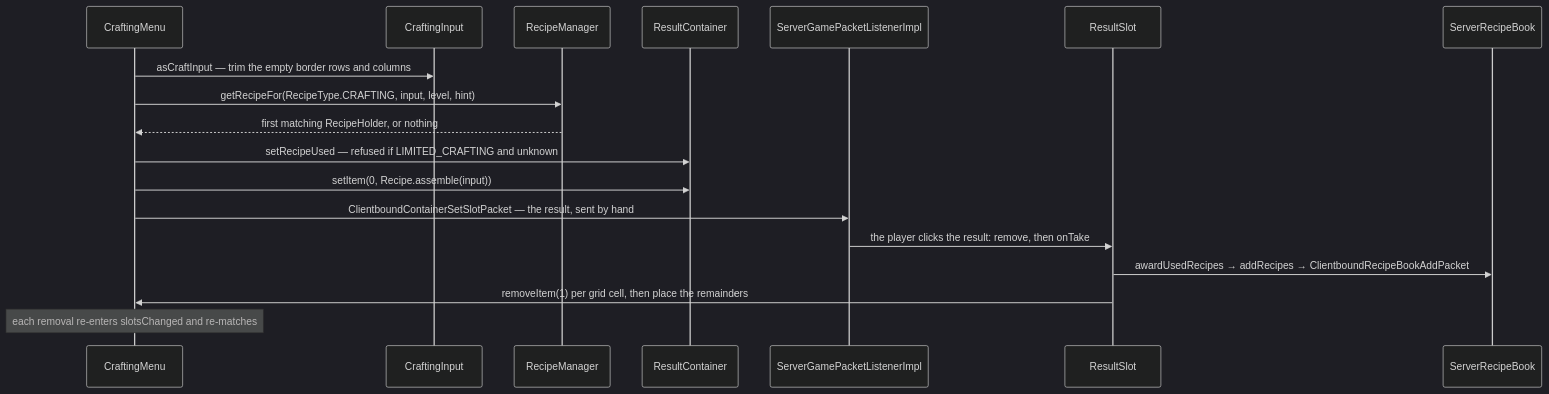
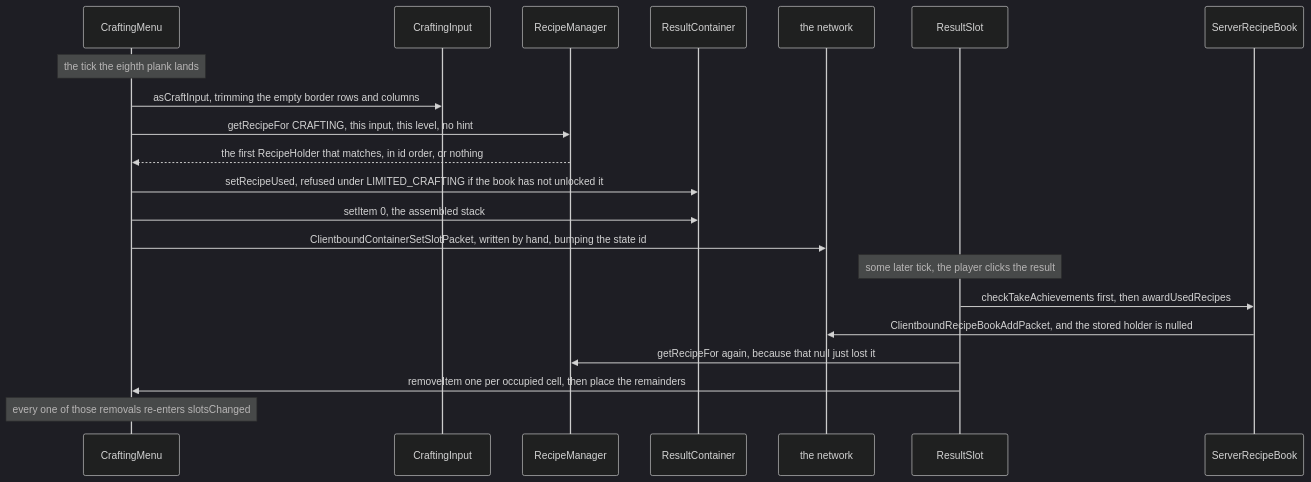
The second of 2 diagrams in src/systems/items/recipes.md (AlexanderjFraser/MinecraftDocs), drawn with Mermaid (dark theme) before and after one commit. The commit also changed other lines of this file and 26 other files, not shown here.

````diff
--- a/src/systems/items/recipes.md
+++ b/src/systems/items/recipes.md
@@ -161,21 +107,24 @@
 ```mermaid
 sequenceDiagram
-    participant CM as CraftingMenu
+    participant CraftM as CraftingMenu
     participant CI as CraftingInput
     participant RM as RecipeManager
-    participant RC as ResultContainer
-    participant SGPL as ServerGamePacketListenerImpl
-    participant RS as ResultSlot
+    participant ResultC as ResultContainer
+    participant Wire as the network
+    participant ResultS as ResultSlot
     participant SRB as ServerRecipeBook
 
-    CM->>CI: asCraftInput — trim the empty border rows and columns
-    CM->>RM: getRecipeFor(RecipeType.CRAFTING, input, level, hint)
-    RM-->>CM: first matching RecipeHolder, or nothing
-    CM->>RC: setRecipeUsed — refused if LIMITED_CRAFTING and unknown
-    CM->>RC: setItem(0, Recipe.assemble(input))
-    CM->>SGPL: ClientboundContainerSetSlotPacket — the result, sent by hand
-    SGPL->>RS: the player clicks the result: remove, then onTake
-    RS->>SRB: awardUsedRecipes → addRecipes → ClientboundRecipeBookAddPacket
-    RS->>CM: removeItem(1) per grid cell, then place the remainders
-    Note over CM: each removal re-enters slotsChanged and re-matches
+    Note over CraftM: the tick the eighth plank lands
+    CraftM->>CI: asCraftInput, trimming the empty border rows and columns
+    CraftM->>RM: getRecipeFor CRAFTING, this input, this level, no hint
+    RM-->>CraftM: the first RecipeHolder that matches, in id order, or nothing
+    CraftM->>ResultC: setRecipeUsed, refused under LIMITED_CRAFTING if the book has not unlocked it
+    CraftM->>ResultC: setItem 0, the assembled stack
+    CraftM->>Wire: ClientboundContainerSetSlotPacket, written by hand, bumping the state id
+    Note over ResultS: some later tick, the player clicks the result
+    ResultS->>SRB: checkTakeAchievements first, then awardUsedRecipes
+    SRB->>Wire: ClientboundRecipeBookAddPacket, and the stored holder is nulled
+    ResultS->>RM: getRecipeFor again, because that null just lost it
+    ResultS->>CraftM: removeItem one per occupied cell, then place the remainders
+    Note over CraftM: every one of those removals re-enters slotsChanged
 ```
````
